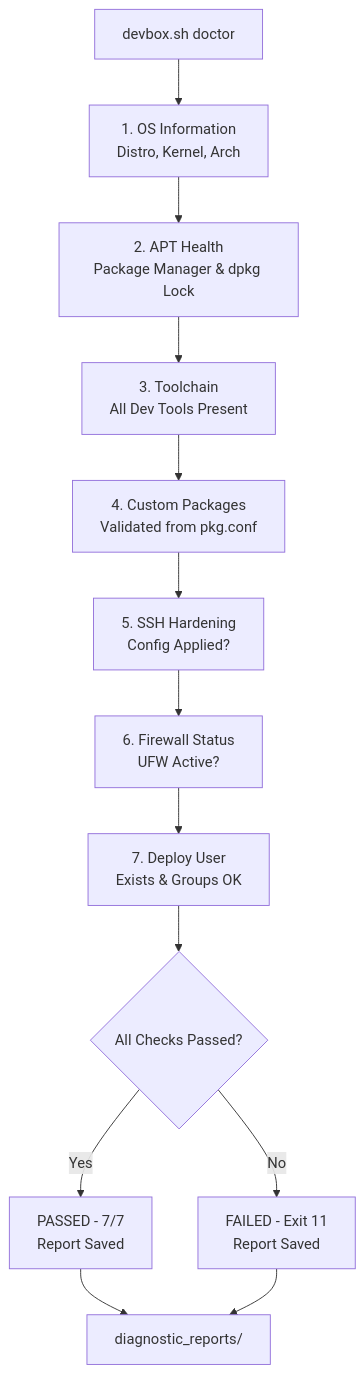
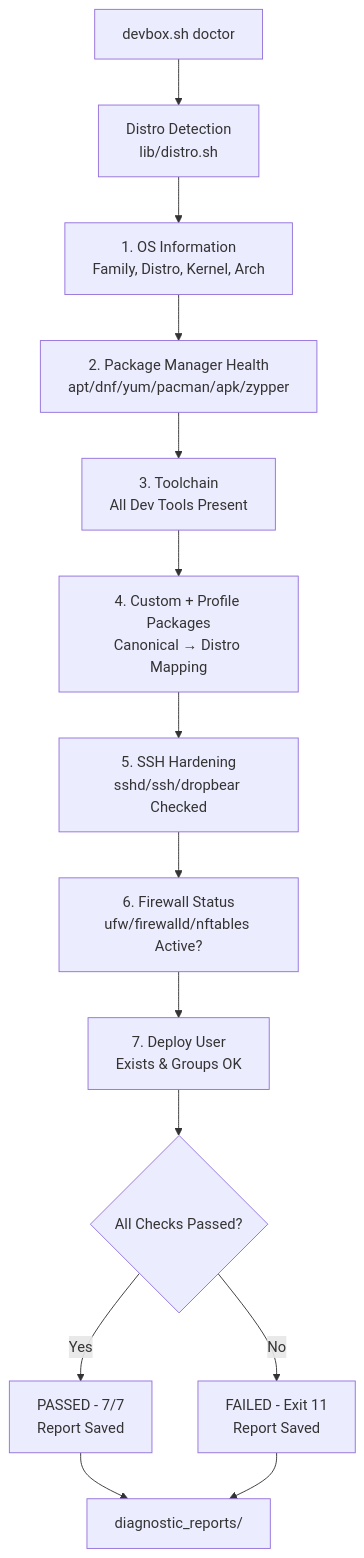
Before and after one commit to PavaraM/devbox: the third of 5 diagrams in README.md, drawn with Mermaid. The commit also changed other lines of this file, not shown here.

Commit message:
docs: update README for v2.0 — multi-distro, profiles, hooks, bootstrap, new commands

````diff
--- a/README.md
+++ b/README.md
@@ -347,15 +420,16 @@
 ```mermaid
 flowchart TD
-    A["devbox.sh doctor"] --> B["1. OS Information<br/>Distro, Kernel, Arch"]
-    B --> C["2. APT Health<br/>Package Manager & dpkg Lock"]
+    A["devbox.sh doctor"] --> DETECT["Distro Detection<br/>lib/distro.sh"]
+    DETECT --> B["1. OS Information<br/>Family, Distro, Kernel, Arch"]
+    B --> C["2. Package Manager Health<br/>apt/dnf/yum/pacman/apk/zypper"]
     C --> D["3. Toolchain<br/>All Dev Tools Present"]
-    D --> E["4. Custom Packages<br/>Validated from pkg.conf"]
-    E --> F["5. SSH Hardening<br/>Config Applied?"]
-    F --> G["6. Firewall Status<br/>UFW Active?"]
+    D --> E["4. Custom + Profile Packages<br/>Canonical → Distro Mapping"]
+    E --> F["5. SSH Hardening<br/>sshd/ssh/dropbear Checked"]
+    F --> G["6. Firewall Status<br/>ufw/firewalld/nftables Active?"]
     G --> H["7. Deploy User<br/>Exists & Groups OK"]
     H --> I{All Checks Passed?}
     I -->|Yes| J["PASSED - 7/7<br/>Report Saved"]
     I -->|No| K["FAILED - Exit 11<br/>Report Saved"]
     J --> L["diagnostic_reports/"]
     K --> L
 ```
````
